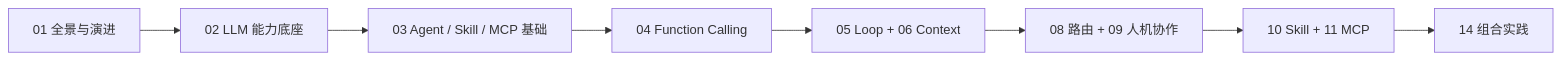
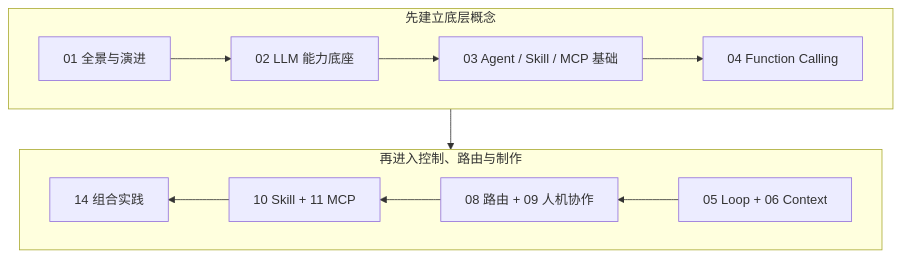
The fourth of 5 diagrams in README.md (FoLaJJ/agent-systems-notes), drawn with Mermaid before and after one commit. The commit also changed 1 other file, not shown here.

Commit message:
Refine Mermaid route layouts

````diff
--- a/README.md
+++ b/README.md
@@ -180,10 +180,18 @@
 ```mermaid
-flowchart LR
-    A["01 全景与演进"] --> B["02 LLM 能力底座"]
-    B --> C["03 Agent / Skill / MCP 基础"]
-    C --> D["04 Function Calling"]
-    D --> E["05 Loop + 06 Context"]
-    E --> F["08 路由 + 09 人机协作"]
-    F --> G["10 Skill + 11 MCP"]
-    G --> H["14 组合实践"]
+flowchart TB
+    subgraph R1["先建立底层概念"]
+      direction LR
+      A["01 全景与演进"] --> B["02 LLM 能力底座"]
+      B --> C["03 Agent / Skill / MCP 基础"]
+      C --> D["04 Function Calling"]
+    end
+
+    subgraph R2["再进入控制、路由与制作"]
+      direction RL
+      E["05 Loop + 06 Context"] --> F["08 路由 + 09 人机协作"]
+      F --> G["10 Skill + 11 MCP"]
+      G --> H["14 组合实践"]
+    end
+
+    D --> E
 ```
````
